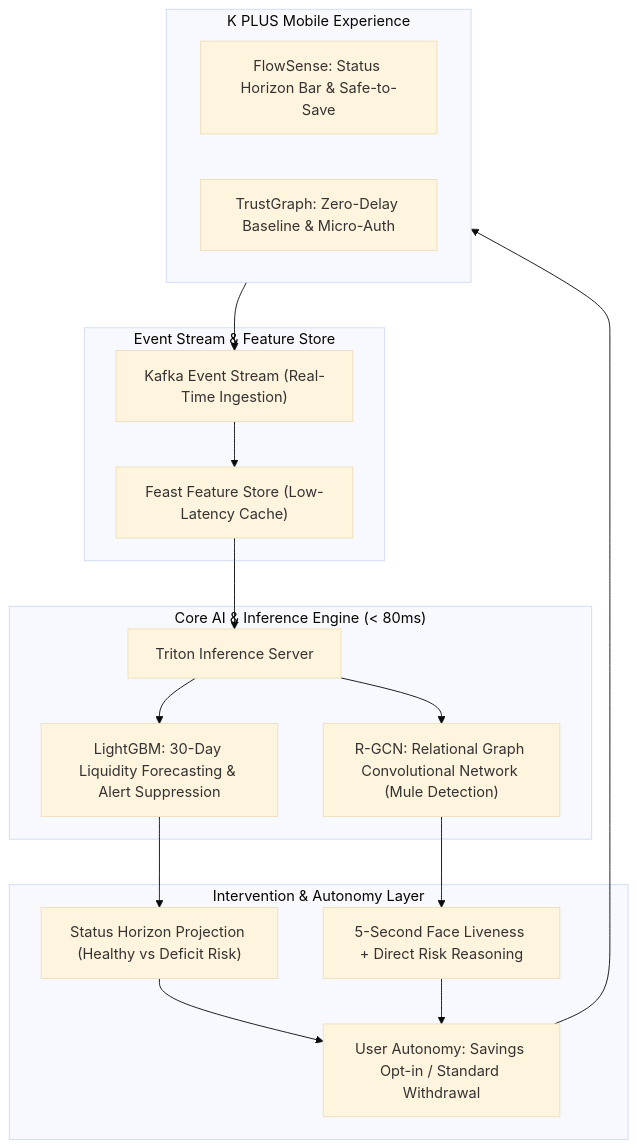
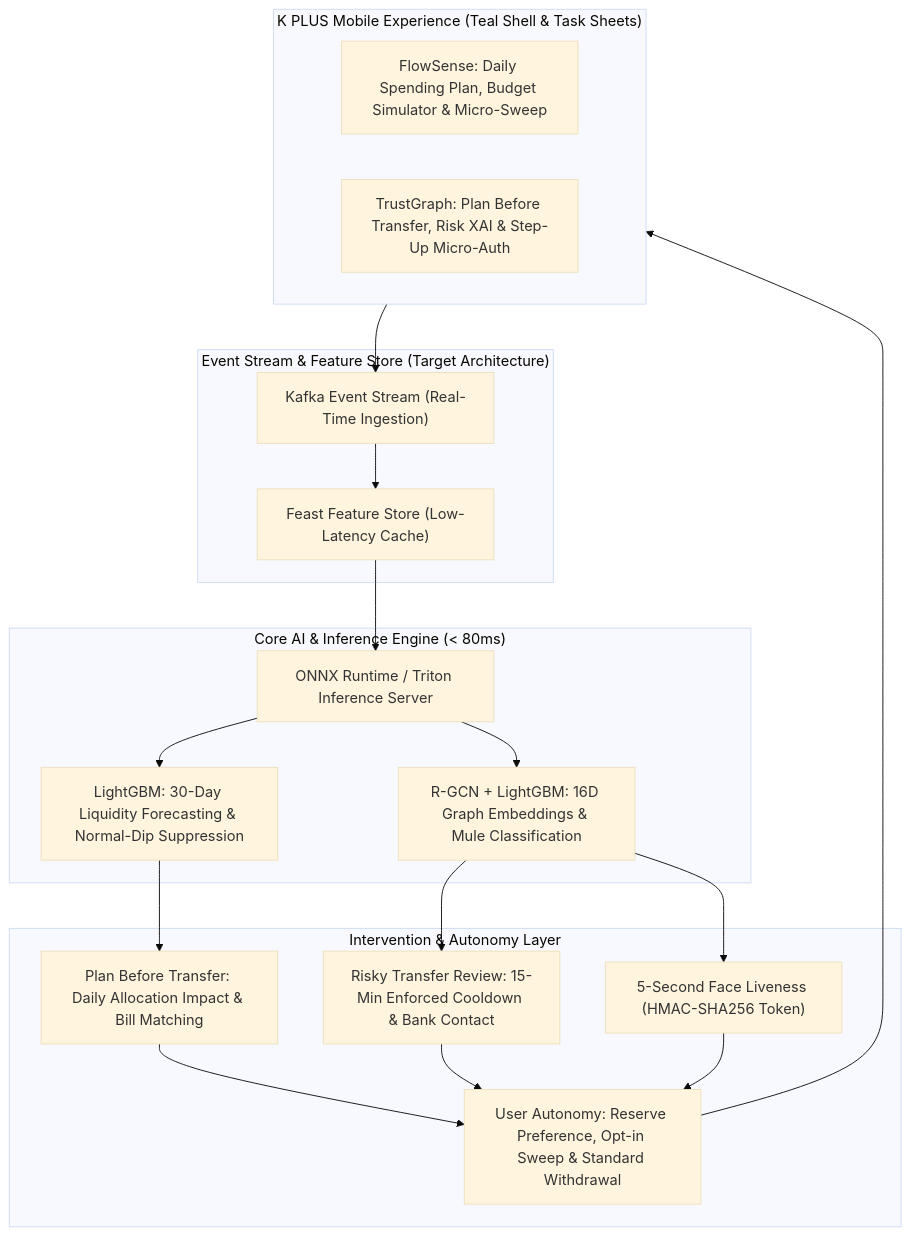
Before and after one commit to svkhun/k-flowsense-trustgraph: the diagram in README.md, drawn with Mermaid (base theme). The commit also changed other lines of this file and 8 other files, not shown here.

````diff
--- a/README.md
+++ b/README.md
@@ -37,33 +41,34 @@
 ```mermaid
 flowchart TD
-    subgraph KPLUS["K PLUS Mobile Experience"]
-        FS_UI["FlowSense: Status Horizon Bar & Safe-to-Save"]
-        TG_UI["TrustGraph: Zero-Delay Baseline & Micro-Auth"]
+    subgraph KPLUS["K PLUS Mobile Experience (Teal Shell & Task Sheets)"]
+        FS_UI["FlowSense: Daily Spending Plan, Budget Simulator & Micro-Sweep"]
+        TG_UI["TrustGraph: Plan Before Transfer, Risk XAI & Step-Up Micro-Auth"]
     end
 
-    subgraph INGEST["Event Stream & Feature Store"]
+    subgraph INGEST["Event Stream & Feature Store (Target Architecture)"]
         Kafka["Kafka Event Stream (Real-Time Ingestion)"]
         Feast["Feast Feature Store (Low-Latency Cache)"]
     end
 
     subgraph ENGINE["Core AI & Inference Engine (< 80ms)"]
-        Triton["Triton Inference Server"]
-        LGBM["LightGBM: 30-Day Liquidity Forecasting & Alert Suppression"]
-        RGCN["R-GCN: Relational Graph Convolutional Network (Mule Detection)"]
+        Triton["ONNX Runtime / Triton Inference Server"]
+        LGBM["LightGBM: 30-Day Liquidity Forecasting & Normal-Dip Suppression"]
+        RGCN["R-GCN + LightGBM: 16D Graph Embeddings & Mule Classification"]
     end
 
     subgraph DECISION["Intervention & Autonomy Layer"]
-        Horizon["Status Horizon Projection (Healthy vs Deficit Risk)"]
-        MicroAuth["5-Second Face Liveness + Direct Risk Reasoning"]
-        Autonomy["User Autonomy: Savings Opt-in / Standard Withdrawal"]
+        PlanPreview["Plan Before Transfer: Daily Allocation Impact & Bill Matching"]
+        Cooldown["Risky Transfer Review: 15-Min Enforced Cooldown & Bank Contact"]
+        MicroAuth["5-Second Face Liveness (HMAC-SHA256 Token)"]
+        Autonomy["User Autonomy: Reserve Preference, Opt-in Sweep & Standard Withdrawal"]
     end
 
     KPLUS --> Kafka
     Kafka --> Feast
     Feast --> Triton
     Triton --> LGBM & RGCN
-    LGBM --> Horizon
-    RGCN --> MicroAuth
-    Horizon & MicroAuth --> Autonomy
+    LGBM --> PlanPreview
+    RGCN --> Cooldown & MicroAuth
+    PlanPreview & Cooldown & MicroAuth --> Autonomy
     Autonomy --> KPLUS
 ```
````
